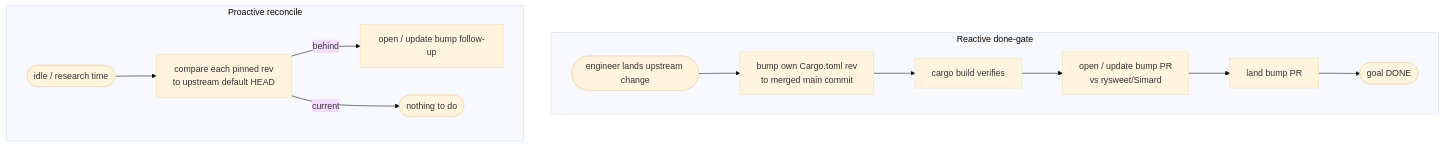
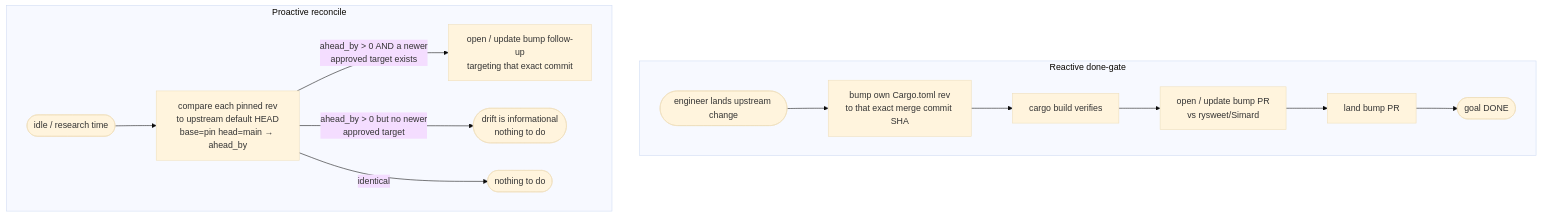
Before and after one commit to rysweet/Simard: the diagram in docs/howto/self-maintain-dependency-pins.md, drawn with Mermaid (base theme). The commit also changed other lines of this file and 16 other files, not shown here.

````diff
--- a/docs/howto/self-maintain-dependency-pins.md
+++ b/docs/howto/self-maintain-dependency-pins.md
@@ -62,15 +62,16 @@
 ```mermaid
 flowchart TD
     subgraph A[Reactive done-gate]
-      A1([engineer lands upstream change]) --> A2[bump own Cargo.toml rev<br/>to merged main commit]
+      A1([engineer lands upstream change]) --> A2["bump own Cargo.toml rev<br/>to that exact merge commit SHA"]
       A2 --> A3[cargo build verifies]
       A3 --> A4[open / update bump PR<br/>vs rysweet/Simard]
       A4 --> A5[land bump PR]
       A5 --> A6([goal DONE])
     end
     subgraph B[Proactive reconcile]
-      B1([idle / research time]) --> B2[compare each pinned rev<br/>to upstream default HEAD]
-      B2 -->|behind| B3[open / update bump follow-up]
-      B2 -->|current| B4([nothing to do])
+      B1([idle / research time]) --> B2["compare each pinned rev<br/>to upstream default HEAD<br/>base=pin head=main → ahead_by"]
+      B2 -->|"ahead_by > 0 AND a newer<br/>approved target exists"| B3[open / update bump follow-up<br/>targeting that exact commit]
+      B2 -->|"ahead_by > 0 but no newer<br/>approved target"| B5([drift is informational<br/>nothing to do])
+      B2 -->|"identical"| B4([nothing to do])
     end
 ```
````
